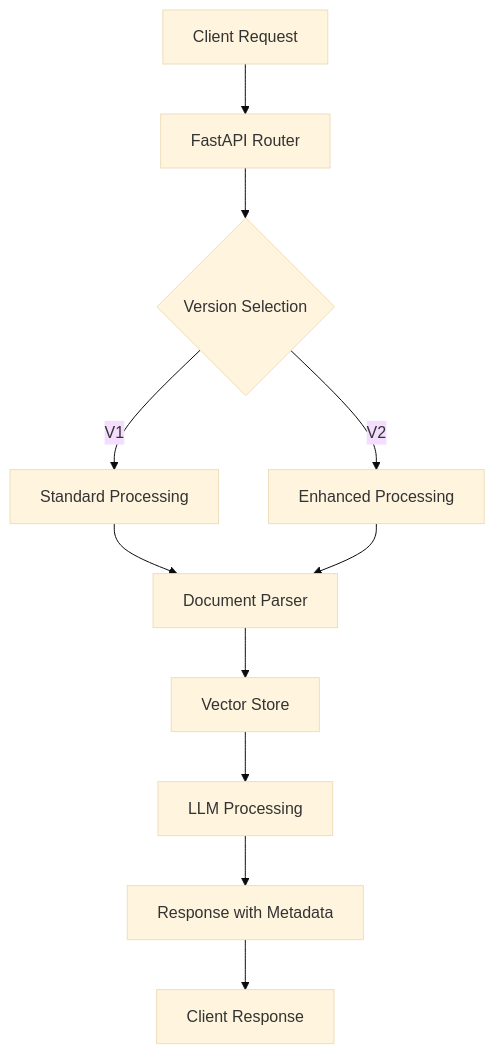
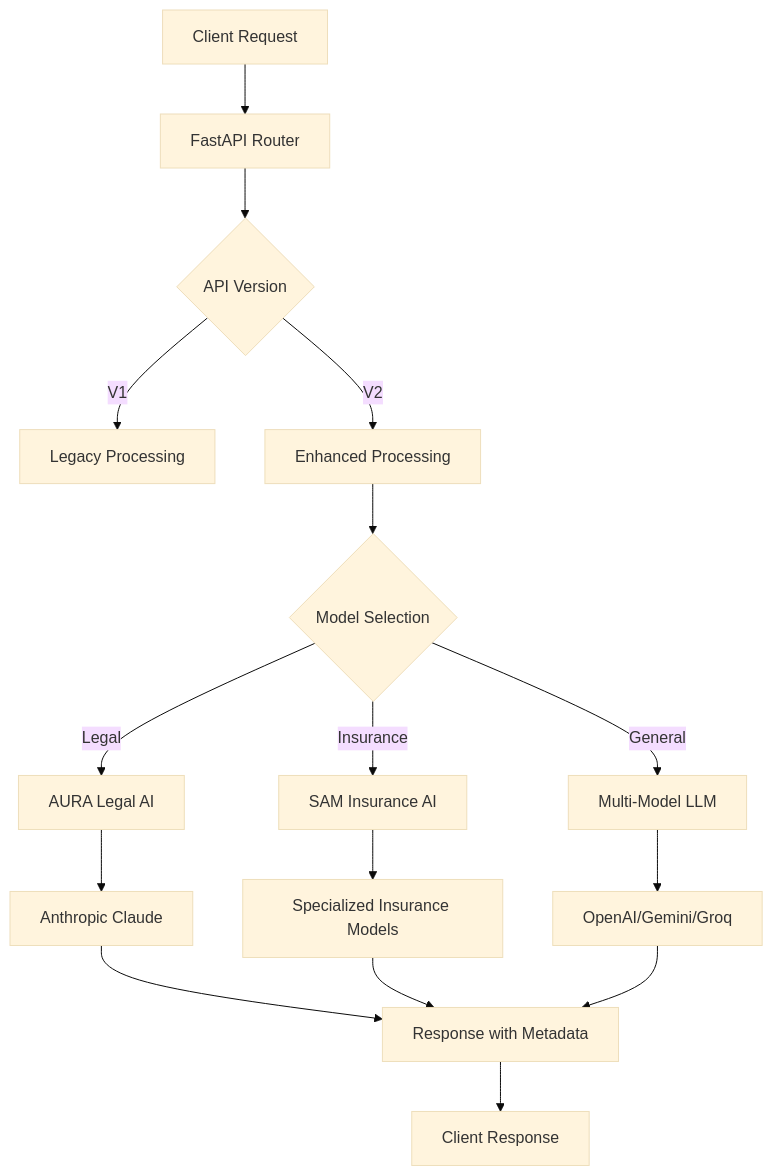
Before and after one commit to vasujunior7/DGX-RAG: the diagram in README.md, drawn with Mermaid (base theme). The commit also changed other lines of this file and 5 other files, not shown here.

````diff
--- a/README.md
+++ b/README.md
@@ -251,13 +276,18 @@
 ```mermaid
 graph TB
     A[Client Request] --> B[FastAPI Router]
-    B --> C{Version Selection}
-    C -->|V1| D[Standard Processing]
+    B --> C{API Version}
+    C -->|V1| D[Legacy Processing]
     C -->|V2| E[Enhanced Processing]
-    D --> F[Document Parser]
-    E --> F
-    F --> G[Vector Store]
-    G --> H[LLM Processing]
-    H --> I[Response with Metadata]
-    I --> J[Client Response]
+    E --> F{Model Selection}
+    F -->|Legal| G[AURA Legal AI]
+    F -->|Insurance| H[SAM Insurance AI]
+    F -->|General| I[Multi-Model LLM]
+    G --> J[Anthropic Claude]
+    H --> K[Specialized Insurance Models]
+    I --> L[OpenAI/Gemini/Groq]
+    J --> M[Response with Metadata]
+    K --> M
+    L --> M
+    M --> N[Client Response]
 ```
````
